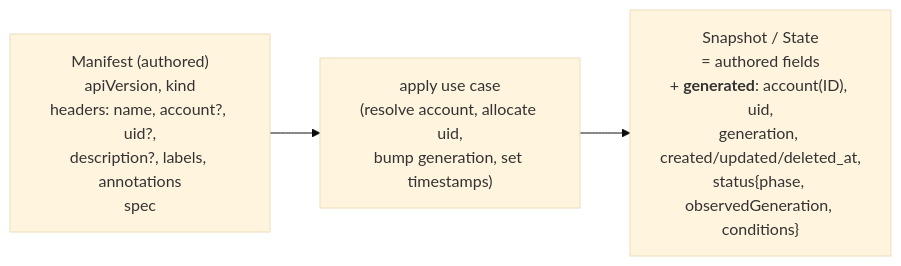
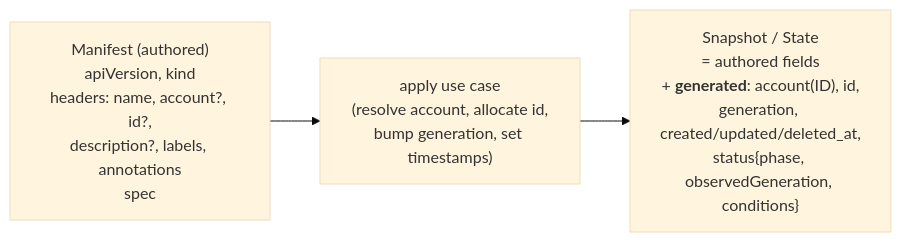
One commit to kamu-data/kamu-cli changed the second of 7 diagrams in docs/internal/resources-framework.md. Above: the diagram before and after it, drawn with Mermaid (base theme). The commit also changed other lines of this file and 303 other files, not shown here.

Commit message:
ResourceUID => ResourceID (and related fields)

````diff
--- a/docs/internal/resources-framework.md
+++ b/docs/internal/resources-framework.md
@@ -403,7 +403,7 @@
 ```mermaid
 flowchart LR
-    M["Manifest (authored)<br/>apiVersion, kind<br/>headers: name, account?, uid?,<br/>description?, labels, annotations<br/>spec"]
-    A["apply use case<br/>(resolve account, allocate uid,<br/>bump generation, set timestamps)"]
-    S["Snapshot / State<br/>= authored fields<br/>+ <b>generated</b>: account(ID), uid,<br/>generation, created/updated/deleted_at,<br/>status{phase, observedGeneration, conditions}"]
+    M["Manifest (authored)<br/>apiVersion, kind<br/>headers: name, account?, id?,<br/>description?, labels, annotations<br/>spec"]
+    A["apply use case<br/>(resolve account, allocate id,<br/>bump generation, set timestamps)"]
+    S["Snapshot / State<br/>= authored fields<br/>+ <b>generated</b>: account(ID), id,<br/>generation, created/updated/deleted_at,<br/>status{phase, observedGeneration, conditions}"]
     M --> A --> S
 ```
````
